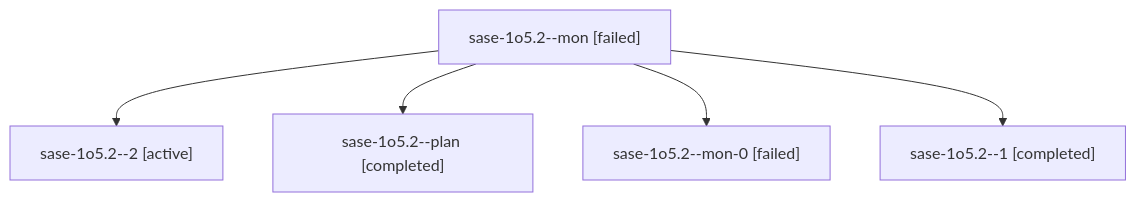
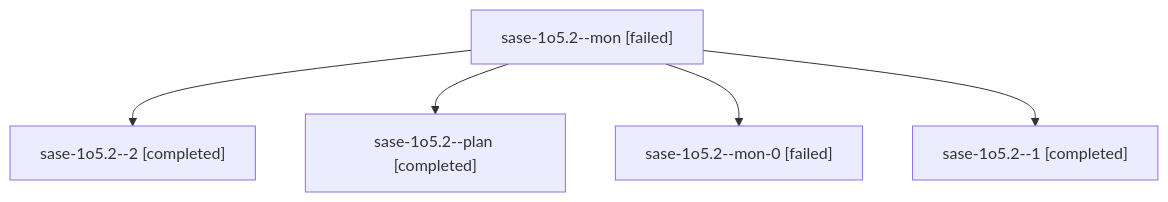
Before and after one commit to sase-org/sase--agents: the diagram in sessions/bbugyi200.athena.sase-1o5.2.md, drawn with Mermaid. The commit also changed other lines of this file and 45 other files, not shown here.

````diff
--- a/sessions/bbugyi200.athena.sase-1o5.2.md
+++ b/sessions/bbugyi200.athena.sase-1o5.2.md
@@ -9,12 +9,12 @@
 ```mermaid
 flowchart TD
   n0["sase-1o5.2--mon [failed]"]
-  n1["sase-1o5.2--2 [active]"]
+  n1["sase-1o5.2--2 [completed]"]
   n0 --> n1
   n2["sase-1o5.2--plan [completed]"]
   n0 --> n2
   n3["sase-1o5.2--mon-0 [failed]"]
   n0 --> n3
   n4["sase-1o5.2--1 [completed]"]
   n0 --> n4
 ```
````
